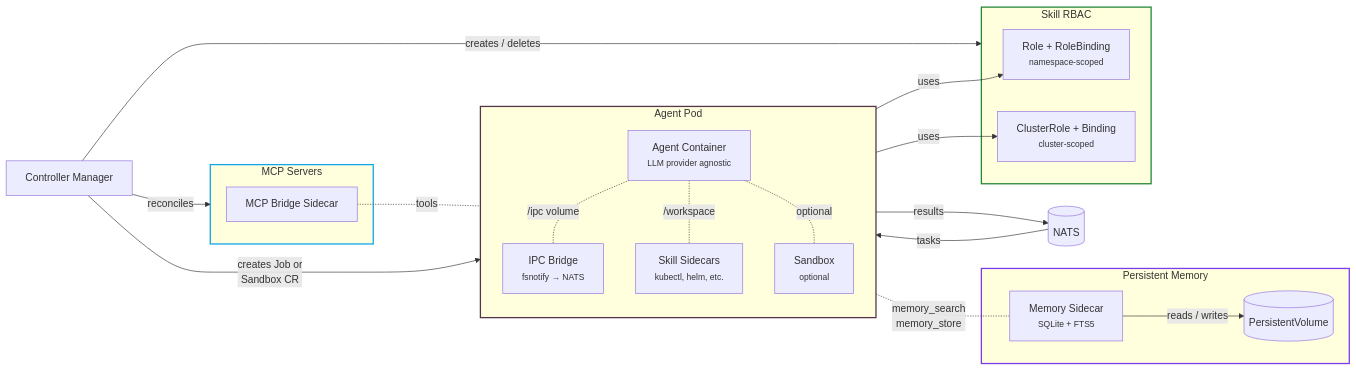
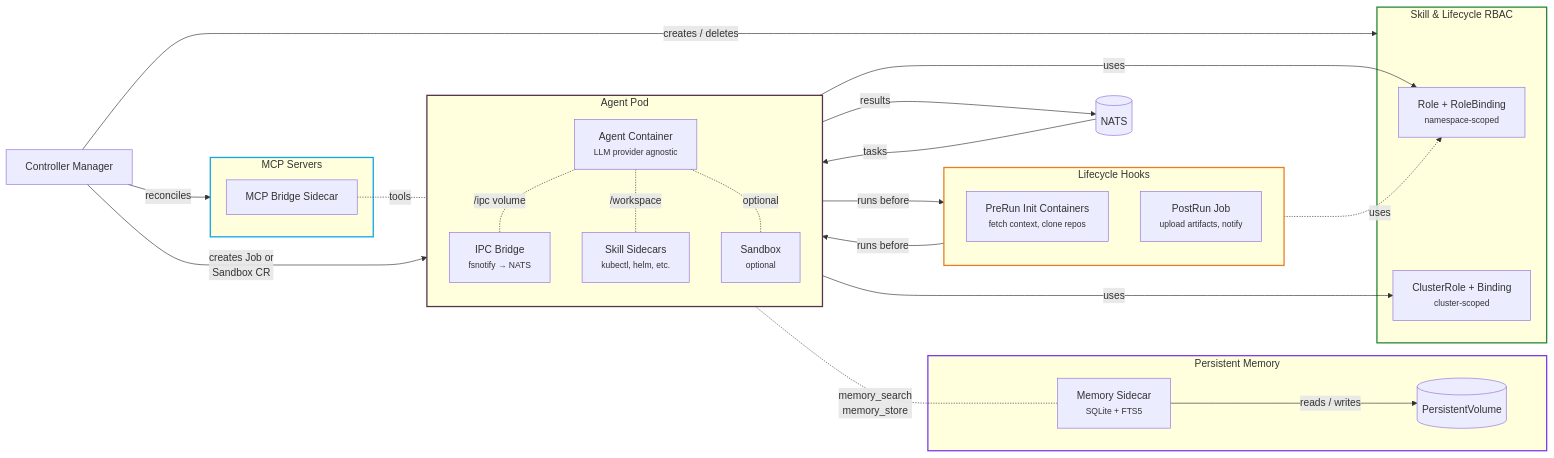
Before and after one commit to pepe57/sympozium: the second of 3 diagrams in docs/architecture.md, drawn with Mermaid. The commit also changed other lines of this file and 35 other files, not shown here.

````diff
--- a/docs/architecture.md
+++ b/docs/architecture.md
@@ -46,47 +46,58 @@
 ```mermaid
 graph LR
     CM["Controller Manager"] -- "creates Job or<br/>Sandbox CR" --> AP
+
+    subgraph LCH["Lifecycle Hooks"]
+        direction TB
+        PRE["PreRun Init Containers<br/><small>fetch context, clone repos</small>"]
+        POST["PostRun Job<br/><small>upload artifacts, notify</small>"]
+    end
+
+    PRE -- "runs before" --> AP
+    AP -- "runs before" --> POST
 
     subgraph AP["Agent Pod"]
         direction TB
         A1["Agent Container<br/><small>LLM provider agnostic</small>"]
         IPC["IPC Bridge<br/><small>fsnotify → NATS</small>"]
         SKS["Skill Sidecars<br/><small>kubectl, helm, etc.</small>"]
         SB["Sandbox<br/><small>optional</small>"]
         A1 -. "/ipc volume" .- IPC
         A1 -. "/workspace" .- SKS
         A1 -. "optional" .- SB
     end
 
     subgraph MEM["Persistent Memory"]
         MSCAR["Memory Sidecar<br/><small>SQLite + FTS5</small>"]
         PVC[("PersistentVolume")]
     end
 
     A1 -. "memory_search<br/>memory_store" .- MSCAR
     MSCAR -- "reads / writes" --> PVC
 
-    subgraph SEC["Skill RBAC"]
+    subgraph SEC["Skill & Lifecycle RBAC"]
         SR["Role + RoleBinding<br/><small>namespace-scoped</small>"]
         SCR["ClusterRole + Binding<br/><small>cluster-scoped</small>"]
     end
 
     SKS -- "uses" --> SR
     SKS -- "uses" --> SCR
+    LCH -. "uses" .-> SR
     CM -- "creates / deletes" --> SEC
 
     subgraph MCP["MCP Servers"]
         MCPB["MCP Bridge Sidecar"]
     end
 
     MCPB -. "tools" .- A1
     CM -- "reconciles" --> MCP
 
     IPC -- "results" --> NATS[("NATS")]
     NATS -- "tasks" --> IPC
 
     style AP stroke:#53354a,stroke-width:2px
     style MEM stroke:#7c3aed,stroke-width:2px
     style SEC stroke:#238636,stroke-width:2px
     style MCP stroke:#0ea5e9,stroke-width:2px
+    style LCH stroke:#e67e22,stroke-width:2px
 ```
````
